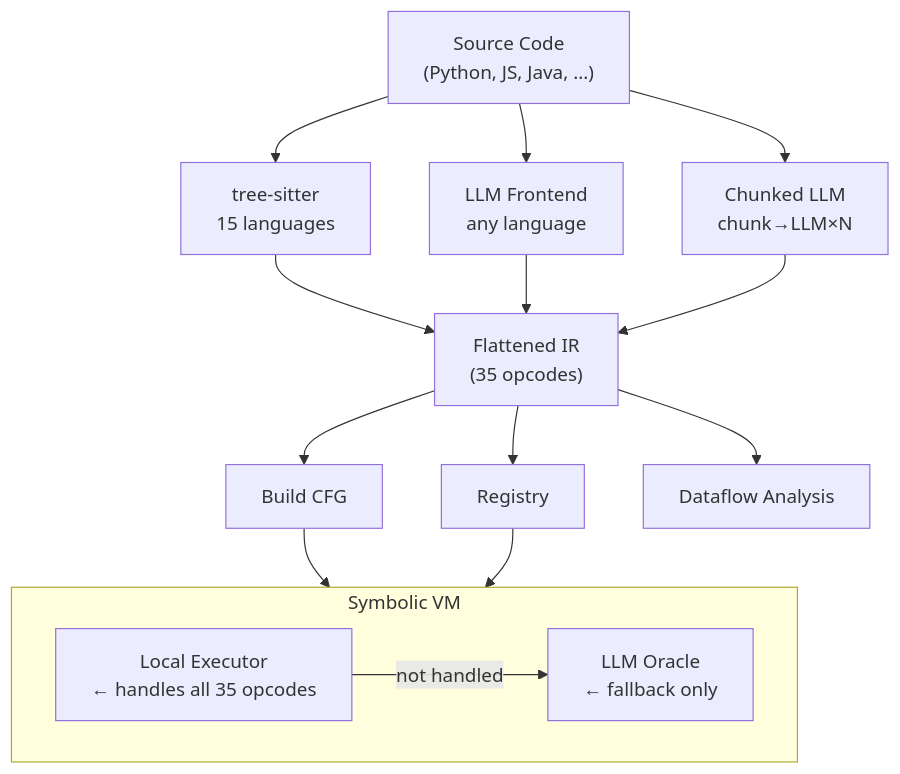
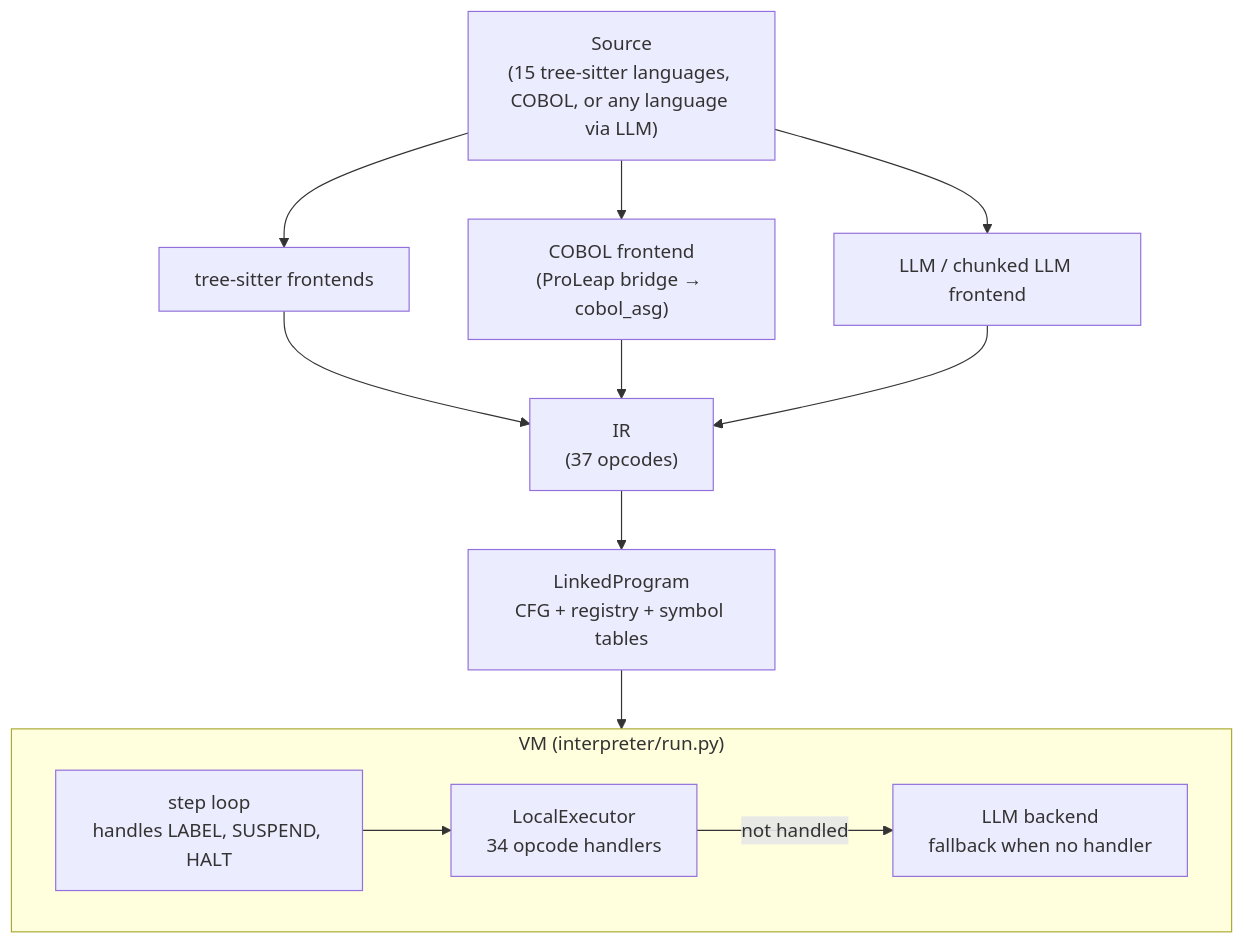
The first of 3 diagrams in docs/notes-on-vm-design.md (avishek-sen-gupta/red-dragon), drawn with Mermaid before and after one commit. The commit also changed other lines of this file, not shown here.

````diff
--- a/docs/notes-on-vm-design.md
+++ b/docs/notes-on-vm-design.md
@@ -34,24 +37,22 @@
 ```mermaid
 flowchart TD
-    src["Source Code\n(Python, JS, Java, ...)"]
-    ts["tree-sitter\n15 languages"]
-    llm["LLM Frontend\nany language"]
-    chunked["Chunked LLM\nchunk→LLM×N"]
-    ir["Flattened IR\n(35 opcodes)"]
-    cfg["Build CFG"]
-    reg["Registry"]
-    df["Dataflow Analysis"]
+    src["Source\n(15 tree-sitter languages, COBOL, or any language via LLM)"]
+    ts["tree-sitter frontends"]
+    cobol["COBOL frontend\n(ProLeap bridge → cobol_asg)"]
+    llm["LLM / chunked LLM frontend"]
+    ir["IR\n(37 opcodes)"]
+    linked["LinkedProgram\nCFG + registry + symbol tables"]
 
-    src --> ts & llm & chunked
-    ts & llm & chunked --> ir
-    ir --> cfg & reg & df
+    src --> ts & cobol & llm
+    ts & cobol & llm --> ir --> linked
 
-    subgraph VM ["Symbolic VM"]
-        exec["Local Executor\n← handles all 35 opcodes"]
-        oracle["LLM Oracle\n← fallback only"]
+    subgraph VM ["VM (interpreter/run.py)"]
+        exec["LocalExecutor\n34 opcode handlers"]
+        loop["step loop\nhandles LABEL, SUSPEND, HALT"]
+        oracle["LLM backend\nfallback when no handler"]
+        loop --> exec
         exec -- "not handled" --> oracle
     end
 
-    cfg --> VM
-    reg --> VM
+    linked --> VM
 ```
````
